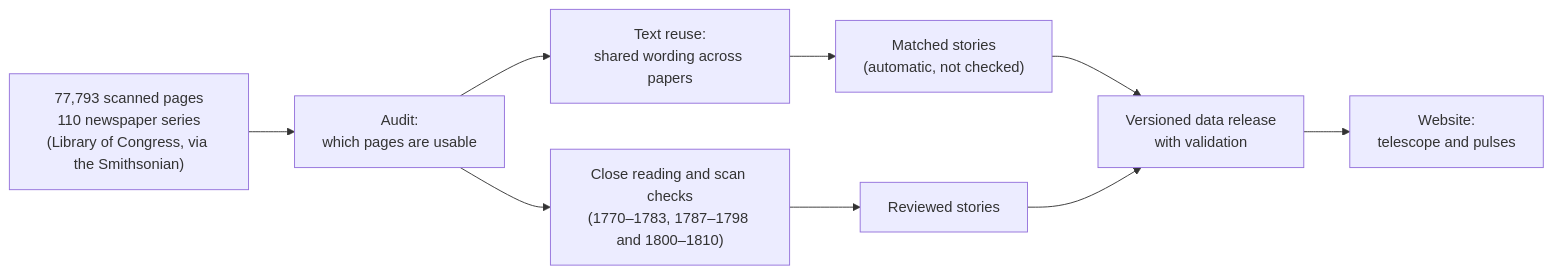
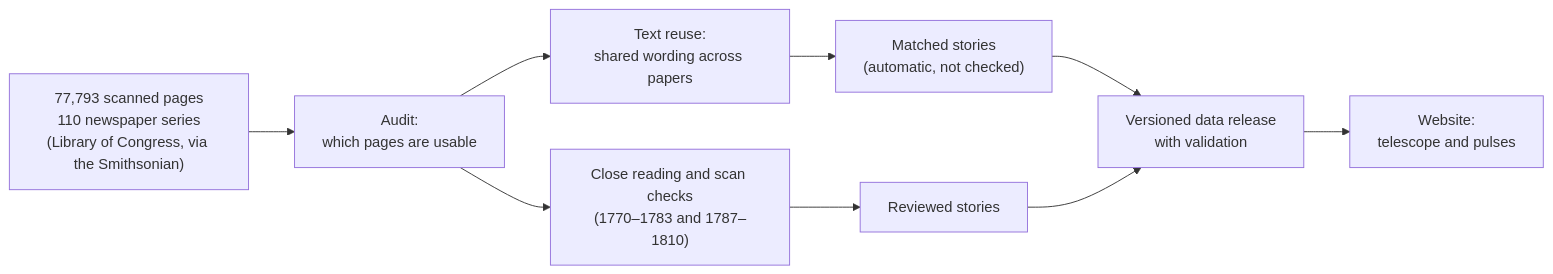
One commit to Major-Studio-1/Project-02-newspaper-night-sky changed the diagram in README.md. Above: the diagram before and after it, drawn with Mermaid. The commit also changed other lines of this file and 255 other files, not shown here.

````diff
--- a/README.md
+++ b/README.md
@@ -39,10 +39,10 @@
 ```mermaid
 flowchart LR
   A["77,793 scanned pages<br/>110 newspaper series<br/>(Library of Congress, via the Smithsonian)"] --> B["Audit:<br/>which pages are usable"]
   B --> C["Text reuse:<br/>shared wording across papers"]
   C --> D["Matched stories<br/>(automatic, not checked)"]
-  B --> E["Close reading and scan checks<br/>(1770–1783, 1787–1798 and 1800–1810)"]
+  B --> E["Close reading and scan checks<br/>(1770–1783 and 1787–1810)"]
   E --> F["Reviewed stories"]
   D & F --> G["Versioned data release<br/>with validation"]
   G --> H["Website:<br/>telescope and pulses"]
 ```
````
